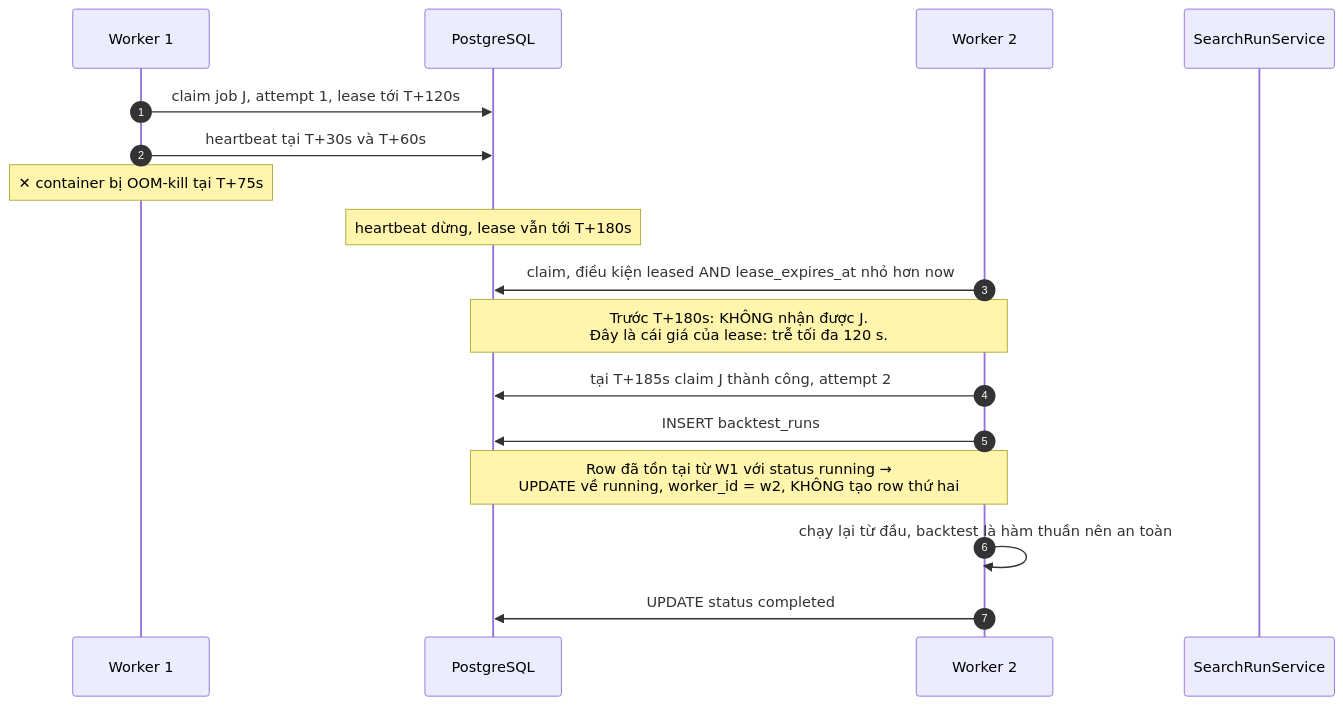
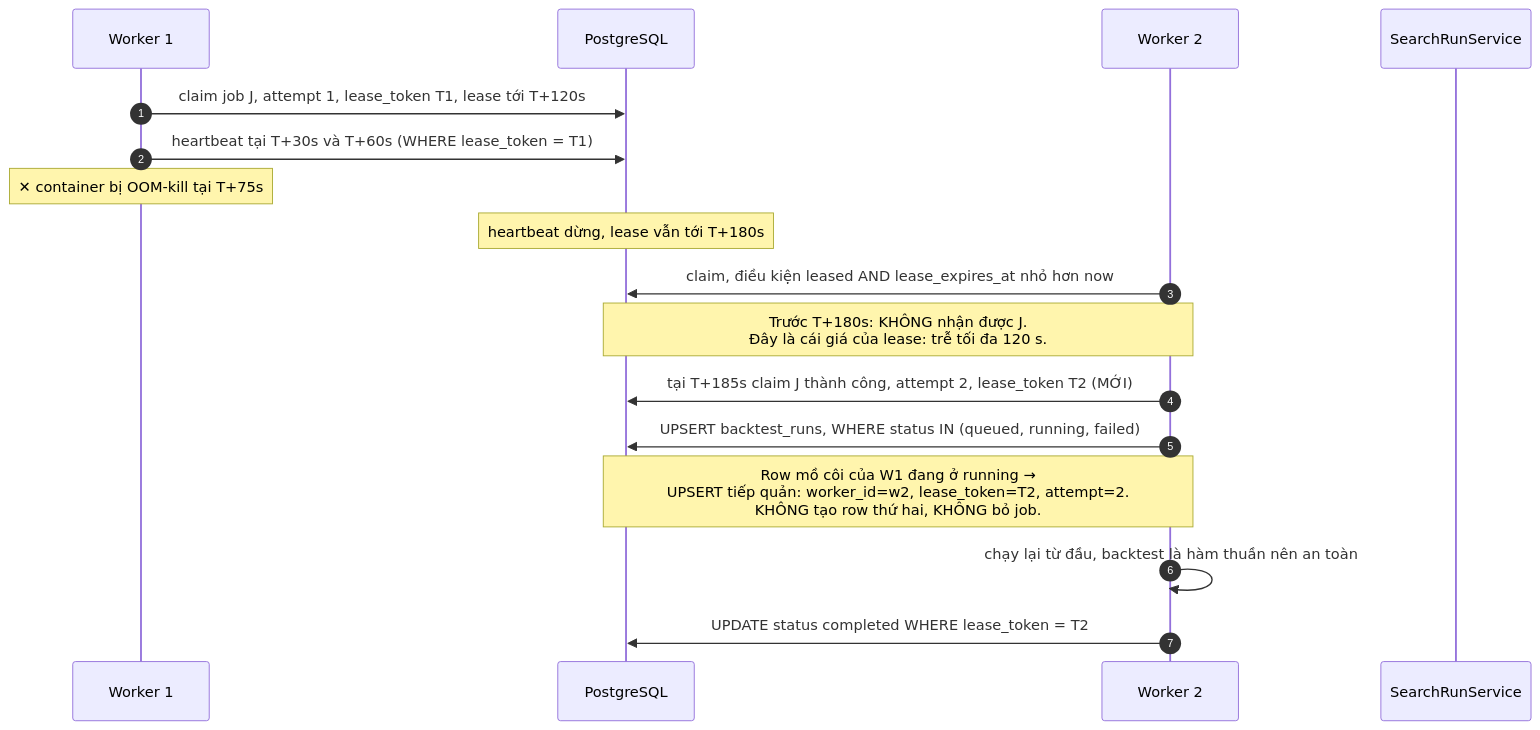
The third of 4 diagrams in blueprint/specs/experiment.md (EnsoTech-Studio/CryptoBot), drawn with Mermaid before and after one commit. The commit also changed other lines of this file and 72 other files, not shown here.

First line of the commit message:
docs(blueprint): resolve architecture review findings

````diff
--- a/blueprint/specs/experiment.md
+++ b/blueprint/specs/experiment.md
@@ -219,20 +231,20 @@
 ```mermaid
 sequenceDiagram
     autonumber
     participant W1 as Worker 1
     participant DB as PostgreSQL
     participant W2 as Worker 2
     participant SRS as SearchRunService
 
-    W1->>DB: claim job J, attempt 1, lease tới T+120s
-    W1->>DB: heartbeat tại T+30s và T+60s
+    W1->>DB: claim job J, attempt 1, lease_token T1, lease tới T+120s
+    W1->>DB: heartbeat tại T+30s và T+60s (WHERE lease_token = T1)
     Note over W1: ✕ container bị OOM-kill tại T+75s
     Note over DB: heartbeat dừng, lease vẫn tới T+180s
     W2->>DB: claim, điều kiện leased AND lease_expires_at nhỏ hơn now
     Note over W2,DB: Trước T+180s: KHÔNG nhận được J.<br/>Đây là cái giá của lease: trễ tối đa 120 s.
-    W2->>DB: tại T+185s claim J thành công, attempt 2
-    W2->>DB: INSERT backtest_runs
-    Note over W2,DB: Row đã tồn tại từ W1 với status running →<br/>UPDATE về running, worker_id = w2, KHÔNG tạo row thứ hai
+    W2->>DB: tại T+185s claim J thành công, attempt 2, lease_token T2 (MỚI)
+    W2->>DB: UPSERT backtest_runs, WHERE status IN (queued, running, failed)
+    Note over W2,DB: Row mồ côi của W1 đang ở running →<br/>UPSERT tiếp quản: worker_id=w2, lease_token=T2, attempt=2.<br/>KHÔNG tạo row thứ hai, KHÔNG bỏ job.
     W2->>W2: chạy lại từ đầu, backtest là hàm thuần nên an toàn
-    W2->>DB: UPDATE status completed
+    W2->>DB: UPDATE status completed WHERE lease_token = T2
 ```
````
